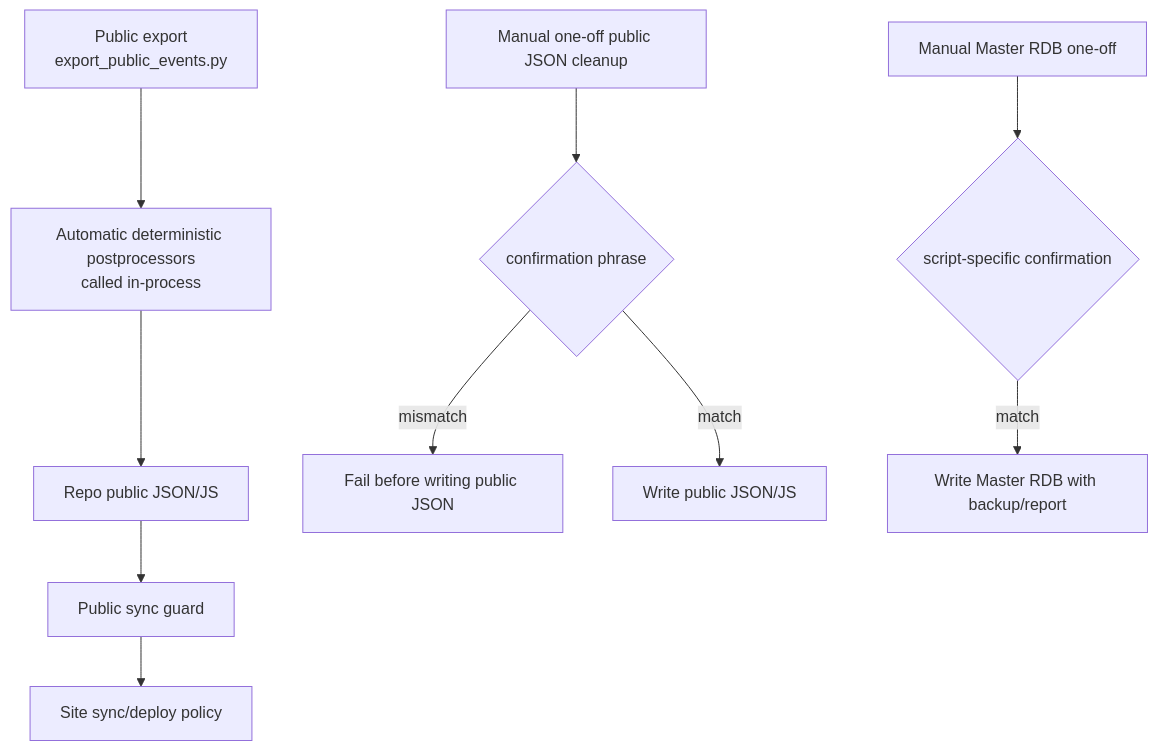
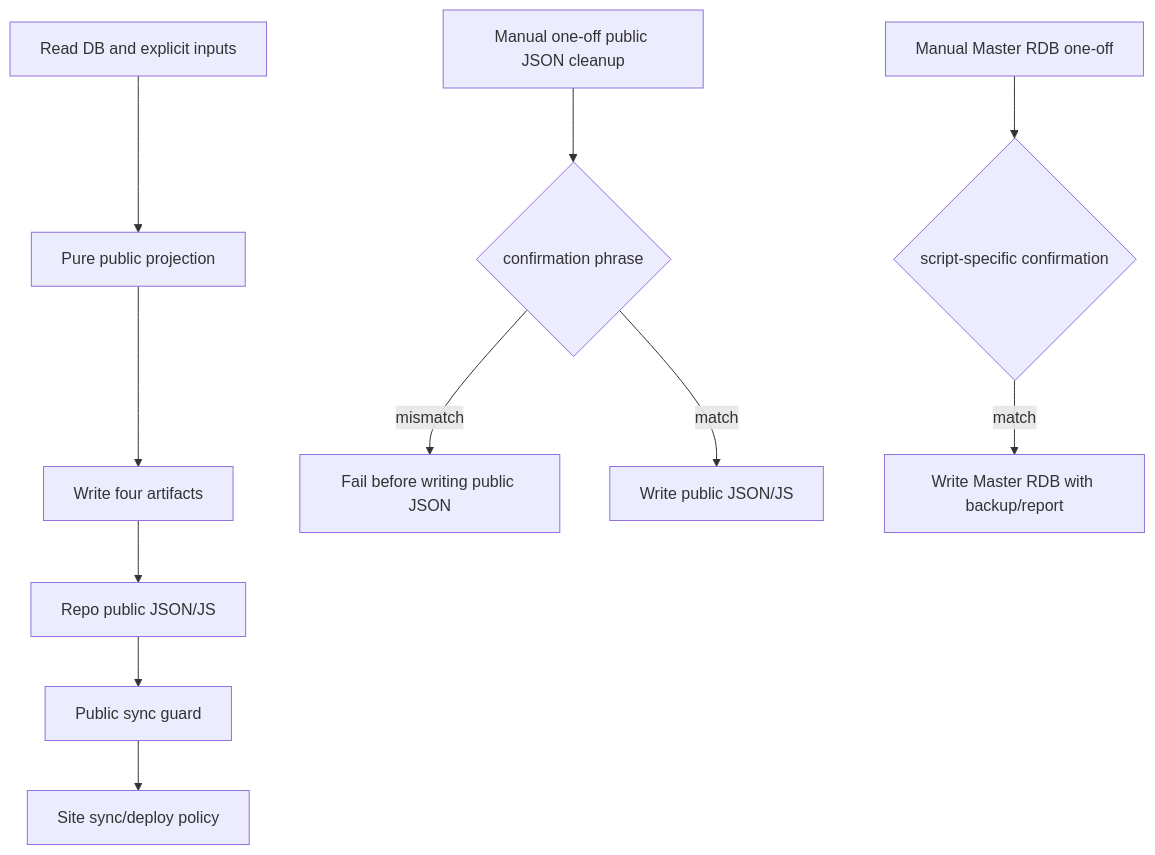
One commit to uryoutamomo/bon-odori-collector changed the diagram in docs/public-json-postprocessor-operations.md. Above: the diagram before and after it, drawn with Mermaid. The commit also changed other lines of this file and 31 other files, not shown here.

Commit message:
Separate public projection stages and compare frozen revision outputs

````diff
--- a/docs/public-json-postprocessor-operations.md
+++ b/docs/public-json-postprocessor-operations.md
@@ -68,14 +72,15 @@
 ```mermaid
 flowchart TD
-  export[Public export\nexport_public_events.py] --> auto[Automatic deterministic postprocessors\ncalled in-process]
-  auto --> repo[Repo public JSON/JS]
+  export[Read DB and explicit inputs] --> auto[Pure public projection]
+  auto --> writer[Write four artifacts]
+  writer --> repo[Repo public JSON/JS]
   repo --> guard[Public sync guard]
   guard --> site[Site sync/deploy policy]
 
   manual[Manual one-off public JSON cleanup] --> confirm{confirmation phrase}
   confirm -- mismatch --> fail[Fail before writing public JSON]
   confirm -- match --> public_json[Write public JSON/JS]
 
   rdb[Manual Master RDB one-off] --> rdb_confirm{script-specific confirmation}
   rdb_confirm -- match --> master[Write Master RDB with backup/report]
 ```
````
